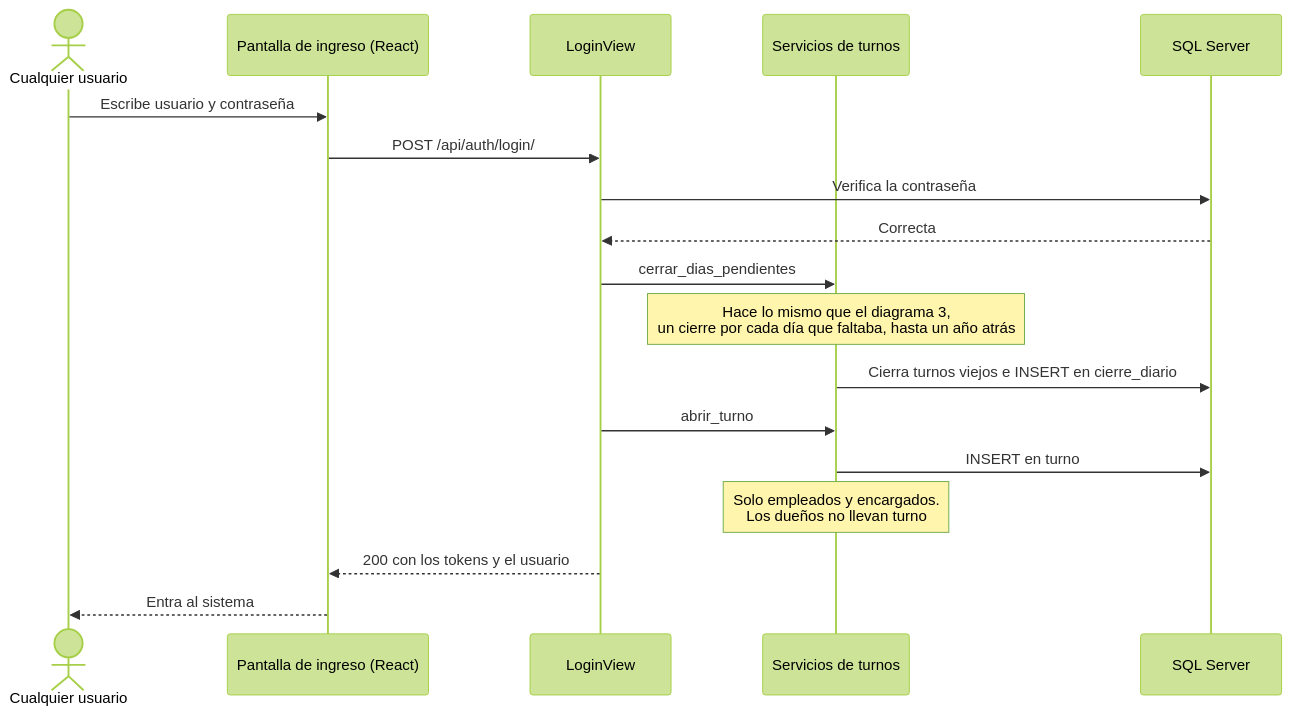
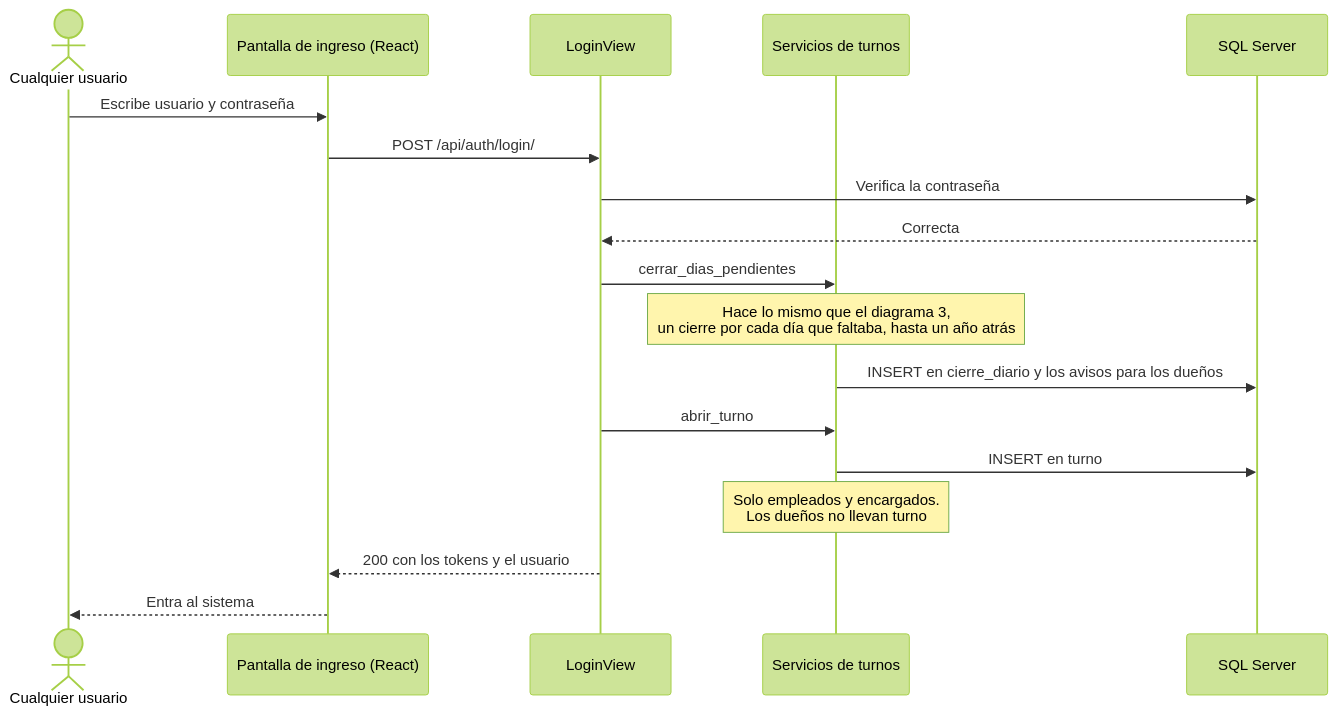
Before and after one commit to guadaluperren12345-art/sistema-de-mercado: the fourth of 4 diagrams in docs/diagrama-secuencia-resumen-cierre.md, drawn with Mermaid (forest theme). The commit also changed other lines of this file and 50 other files, not shown here.

First line of the commit message:
Cierre automatico a las 00:45 y avisos a los duenos con la caja del dia

````diff
--- a/docs/diagrama-secuencia-resumen-cierre.md
+++ b/docs/diagrama-secuencia-resumen-cierre.md
@@ -171,21 +188,21 @@
 ```mermaid
 sequenceDiagram
     actor Persona as Cualquier usuario
     participant Pantalla as Pantalla de ingreso (React)
     participant Vista as LoginView
     participant Servicios as Servicios de turnos
     participant BD as SQL Server
 
     Persona->>Pantalla: Escribe usuario y contraseña
     Pantalla->>Vista: POST /api/auth/login/
     Vista->>BD: Verifica la contraseña
     BD-->>Vista: Correcta
     Vista->>Servicios: cerrar_dias_pendientes
     Note over Servicios: Hace lo mismo que el diagrama 3,<br/>un cierre por cada día que faltaba, hasta un año atrás
-    Servicios->>BD: Cierra turnos viejos e INSERT en cierre_diario
+    Servicios->>BD: INSERT en cierre_diario y los avisos para los dueños
     Vista->>Servicios: abrir_turno
     Servicios->>BD: INSERT en turno
     Note over Servicios: Solo empleados y encargados.<br/>Los dueños no llevan turno
     Vista-->>Pantalla: 200 con los tokens y el usuario
     Pantalla-->>Persona: Entra al sistema
 ```
````
